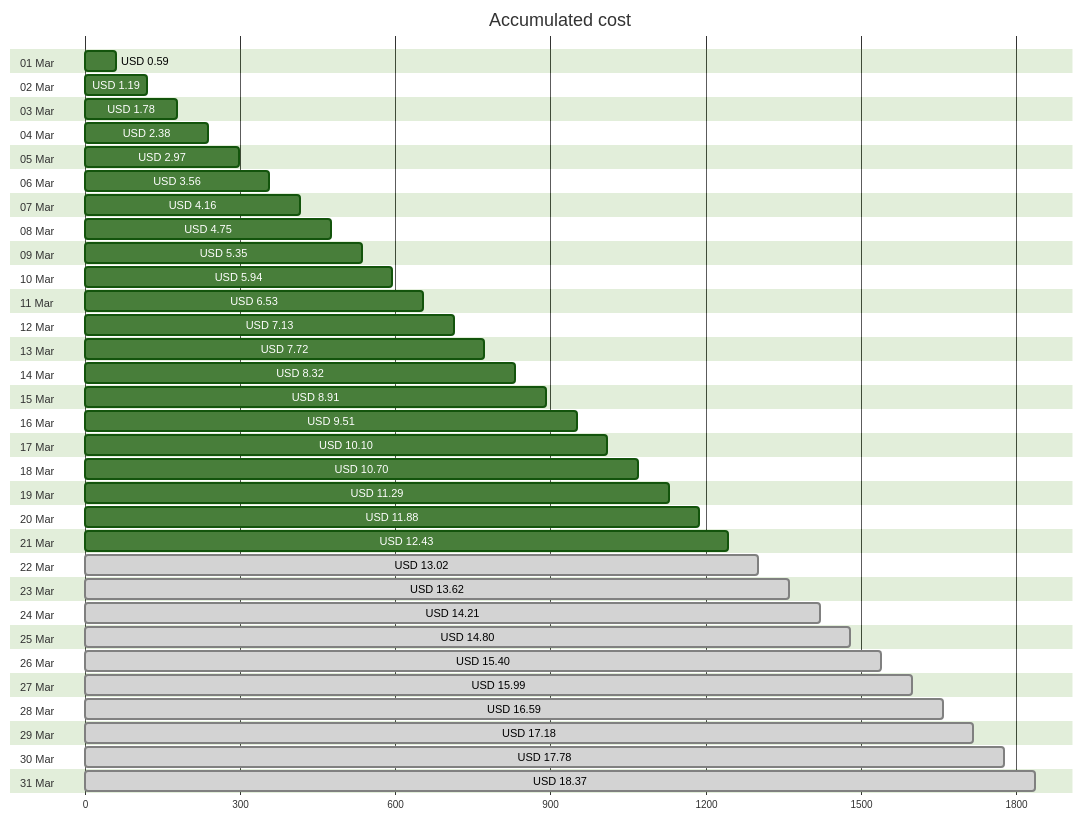
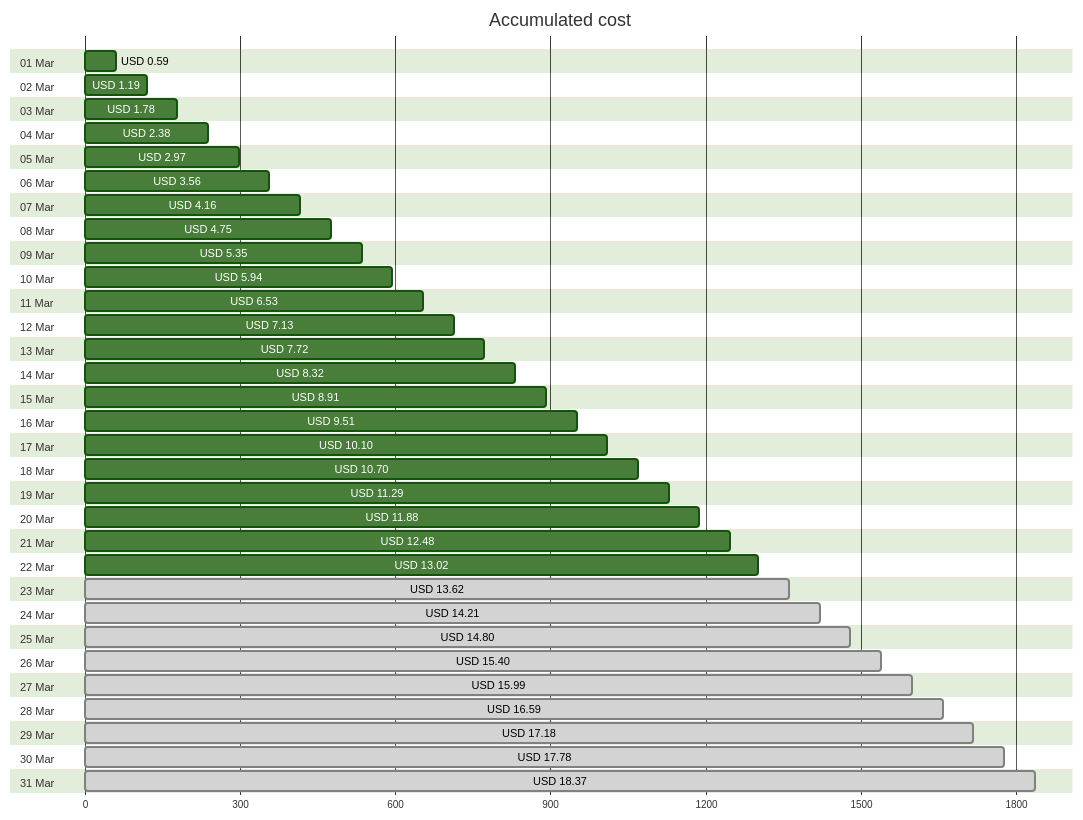
Before and after one commit to jpfulton/azure-personal-reports: the first of 4 diagrams in cost-reports/personal-site/README.md, drawn with Mermaid (forest theme). The commit also changed other lines of this file and 6 other files, not shown here.

````diff
--- a/cost-reports/personal-site/README.md
+++ b/cost-reports/personal-site/README.md
@@ -20,68 +20,68 @@
 ```mermaid
 gantt
    title Accumulated cost
    dateFormat  X
    axisFormat %s
    section 01 Mar
    USD 0.59 :0, 59
    section 02 Mar
    USD 1.19 :0, 119
    section 03 Mar
    USD 1.78 :0, 178
    section 04 Mar
    USD 2.38 :0, 238
    section 05 Mar
    USD 2.97 :0, 297
    section 06 Mar
    USD 3.56 :0, 356
    section 07 Mar
    USD 4.16 :0, 416
    section 08 Mar
    USD 4.75 :0, 475
    section 09 Mar
    USD 5.35 :0, 535
    section 10 Mar
    USD 5.94 :0, 594
    section 11 Mar
    USD 6.53 :0, 653
    section 12 Mar
    USD 7.13 :0, 713
    section 13 Mar
    USD 7.72 :0, 772
    section 14 Mar
    USD 8.32 :0, 832
    section 15 Mar
    USD 8.91 :0, 891
    section 16 Mar
    USD 9.51 :0, 951
    section 17 Mar
    USD 10.10 :0, 1010
    section 18 Mar
    USD 10.70 :0, 1070
    section 19 Mar
    USD 11.29 :0, 1129
    section 20 Mar
    USD 11.88 :0, 1188
    section 21 Mar
-   USD 12.43 :0, 1243
+   USD 12.48 :0, 1248
    section 22 Mar
-   USD 13.02 : done, 0, 1302
+   USD 13.02 :0, 1302
    section 23 Mar
    USD 13.62 : done, 0, 1362
    section 24 Mar
    USD 14.21 : done, 0, 1421
    section 25 Mar
    USD 14.80 : done, 0, 1480
    section 26 Mar
    USD 15.40 : done, 0, 1540
    section 27 Mar
    USD 15.99 : done, 0, 1599
    section 28 Mar
    USD 16.59 : done, 0, 1659
    section 29 Mar
    USD 17.18 : done, 0, 1718
    section 30 Mar
    USD 17.78 : done, 0, 1778
    section 31 Mar
    USD 18.37 : done, 0, 1837
 ```
````
